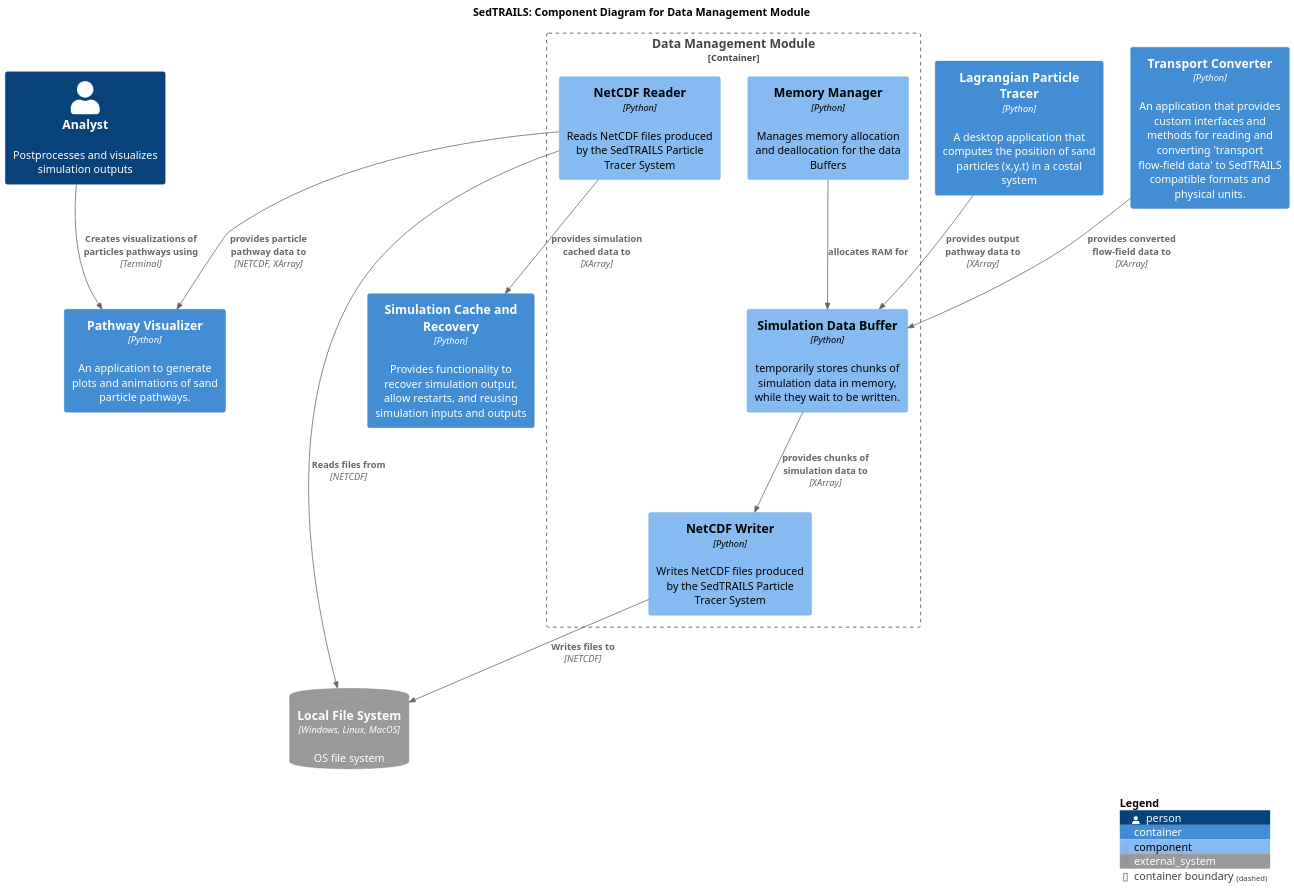
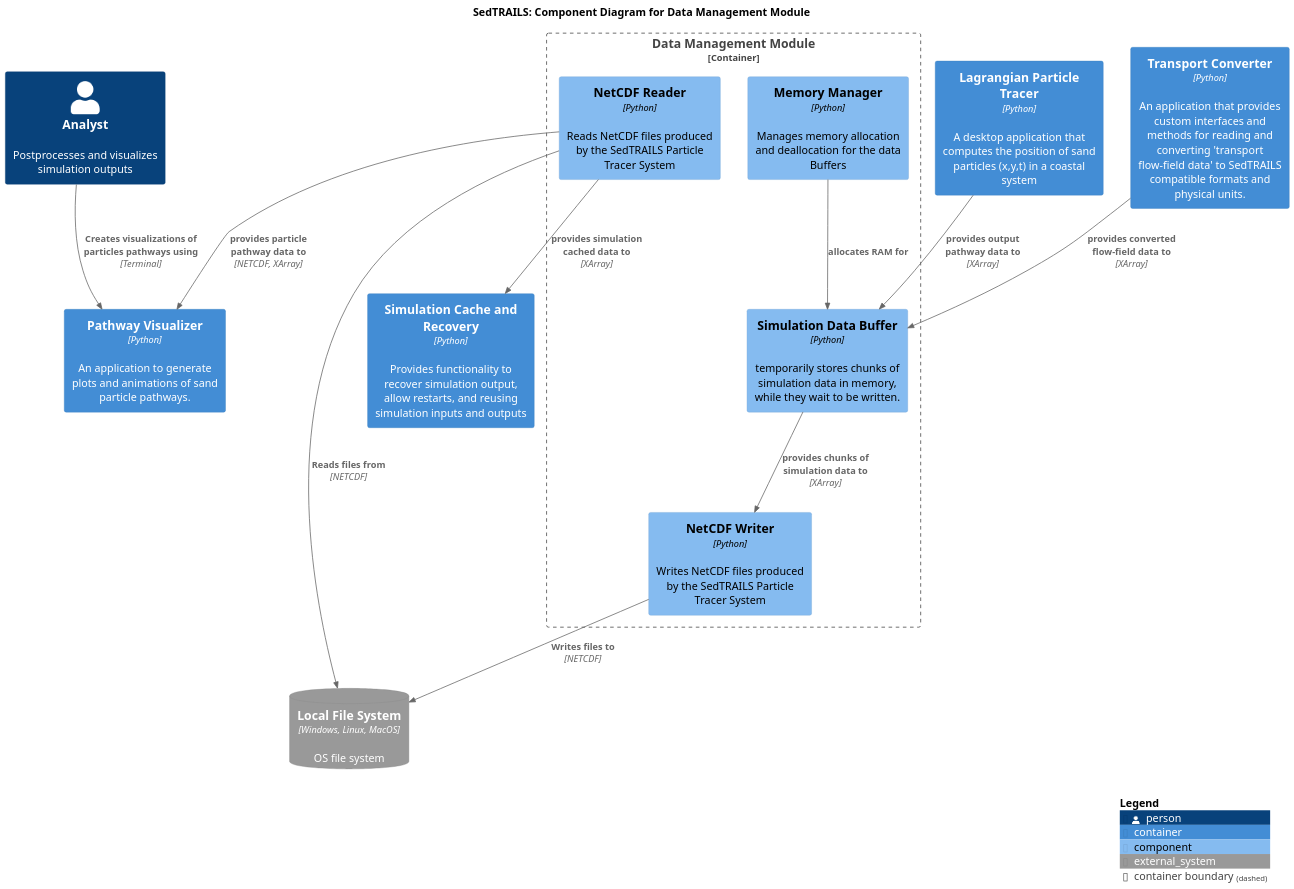
Before and after one commit to sgpearson17/sedtrails-sgp: the diagram in diagrams/components-data-app.puml, drawn with PlantUML. The commit also changed 7 other files, not shown here.

Commit message:
final revisions of the diagrams

```diff
--- a/diagrams/components-data-app.puml
+++ b/diagrams/components-data-app.puml
@@ -1,43 +1,43 @@
 @startuml SedtrailComponentsDataManagement
 !include ./c4/C4_Component.puml
 
 ' LAYOUT_LANDSCAPE()
 
 title SedTRAILS: Component Diagram for Data Management Module
 scale 1.5
 
 Person(analyst, "Analyst", "Postprocesses and visualizes simulation outputs")
 
 Container(pathwayVisualizer, "Pathway Visualizer", "Python", "An application to generate plots and animations of sand particle pathways.")
 
 Container(cache, "Simulation Cache and Recovery", "Python", "Provides functionality to recover simulation output, allow restarts, and reusing simulation inputs and outputs")
 
-Container(particleTracer, "Lagrangian Particle Tracer", "Python", "A desktop application that computes the position of sand particles (x,y,t) in a costal system")
+Container(particleTracer, "Lagrangian Particle Tracer", "Python", "A desktop application that computes the position of sand particles (x,y,t) in a coastal system")
 
 Container(transportConverter, "Transport Converter", "Python", "An application that provides custom interfaces and methods for reading and converting 'transport flow-field data' to SedTRAILS compatible formats and physical units.")
 
 SystemDb_Ext(fileSystem, "Local File System", "OS file system", $type="Windows, Linux, MacOS")
 
 Container_Boundary(dataManager, "Data Management Module", "Python", "An application that manage data and files produced by the SedTRAILS Particle Tracer System"){
     Component(fileReader, "NetCDF Reader", "Python", "Reads NetCDF files produced by the SedTRAILS Particle Tracer System")
     Component(fileWriter, "NetCDF Writer", "Python", "Writes NetCDF files produced by the SedTRAILS Particle Tracer System")
     Component(simulBuffer, "Simulation Data Buffer", "Python", "temporarily stores chunks of simulation data in memory, while they wait to be written.")
     Component(memoryManager, "Memory Manager", "Python", "Manages memory allocation and deallocation for the data Buffers")
 
     Rel(simulBuffer, fileWriter, "provides chunks of simulation data to", "XArray")
     Rel(memoryManager, simulBuffer, "allocates RAM for")
 }
 
 Rel(fileReader, fileSystem, "Reads files from", "NETCDF")
 Rel(fileWriter, fileSystem, "Writes files to", "NETCDF")
 
 Rel(transportConverter, simulBuffer, "provides converted flow-field data to", "XArray")
 Rel(particleTracer, simulBuffer, "provides output pathway data to", "XArray")
 
 Rel(fileReader, cache, "provides simulation cached data to", "XArray")
 
 Rel(fileReader, pathwayVisualizer, "provides particle pathway data to", "NETCDF, XArray")
 Rel(analyst, pathwayVisualizer, "Creates visualizations of particles pathways using", "Terminal")
 
 SHOW_LEGEND()
 @enduml
```
